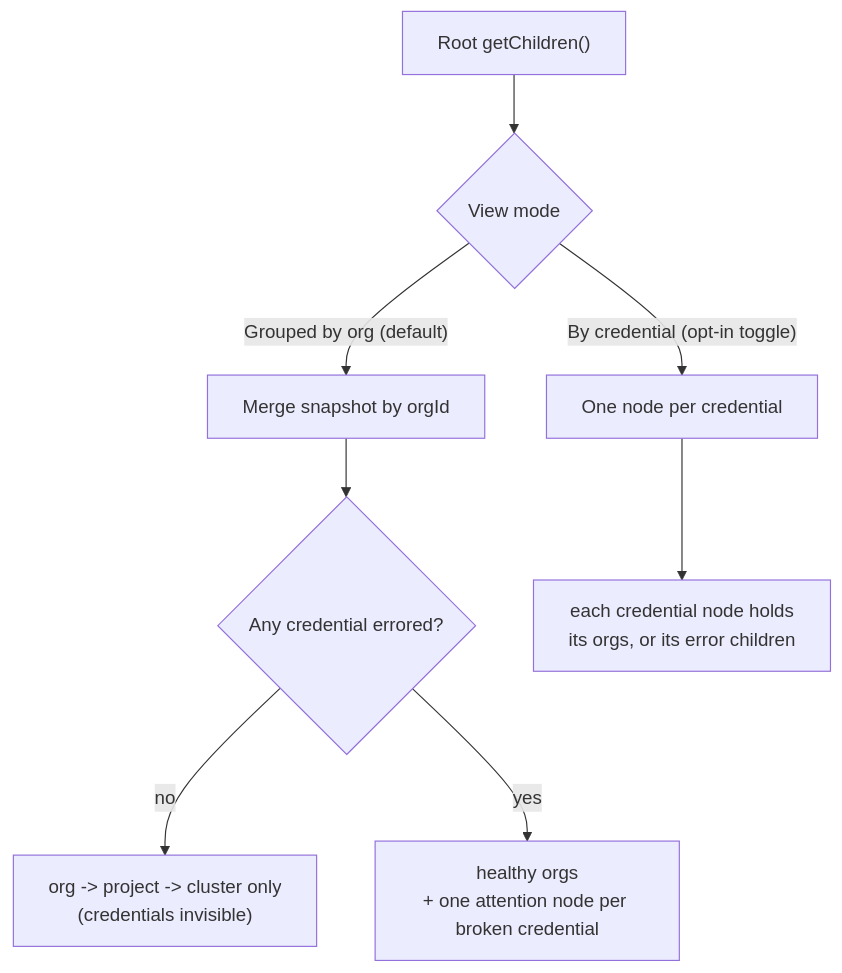
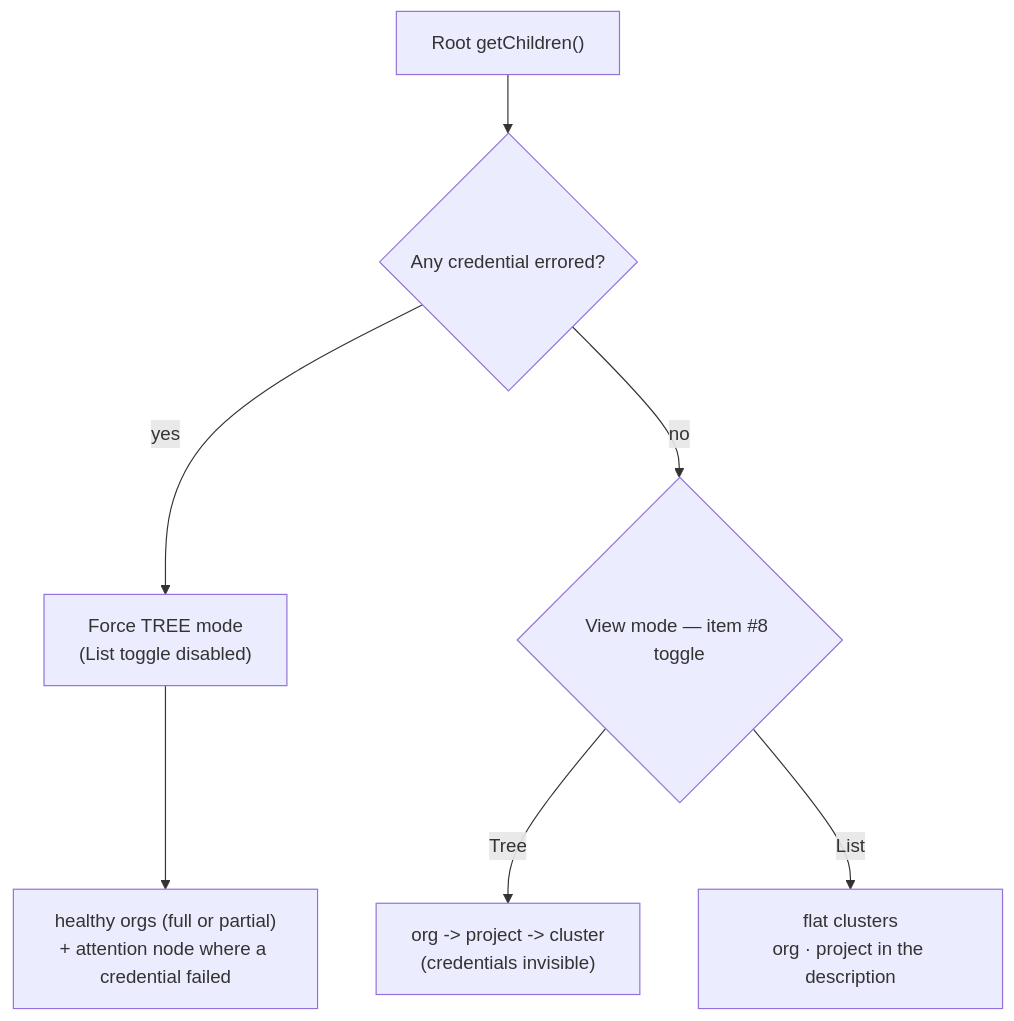
One commit to microsoft/vscode-documentdb changed the first of 2 diagrams in docs/ai-and-plans/PRs/733-atlas-mongodb-discovery/multi-credential-poc-plan.md. Above: the diagram before and after it, drawn with Mermaid. The commit also changed other lines of this file, not shown here.

First line of the commit message:
docs(atlas): simplify tree UX — drop Proposals B/C, integrate item-#8 toggle

````diff
--- a/docs/ai-and-plans/PRs/733-atlas-mongodb-discovery/multi-credential-poc-plan.md
+++ b/docs/ai-and-plans/PRs/733-atlas-mongodb-discovery/multi-credential-poc-plan.md
@@ -504,10 +511,9 @@
 ```mermaid
 flowchart TD
-    A["Root getChildren()"] --> B{"View mode"}
-    B -->|"Grouped by org (default)"| C["Merge snapshot by orgId"]
-    B -->|"By credential (opt-in toggle)"| D["One node per credential"]
-    C --> E{"Any credential errored?"}
-    E -->|"no"| F["org -> project -> cluster only<br/>(credentials invisible)"]
-    E -->|"yes"| G["healthy orgs<br/>+ one attention node per broken credential"]
-    D --> H["each credential node holds<br/>its orgs, or its error children"]
+    A["Root getChildren()"] --> B{"Any credential errored?"}
+    B -->|"yes"| T["Force TREE mode<br/>(List toggle disabled)"]
+    B -->|"no"| M{"View mode — item #8 toggle"}
+    M -->|"Tree"| TT["org -> project -> cluster<br/>(credentials invisible)"]
+    M -->|"List"| LL["flat clusters<br/>org · project in the description"]
+    T --> G["healthy orgs (full or partial)<br/>+ attention node where a credential failed"]
 ```
````
